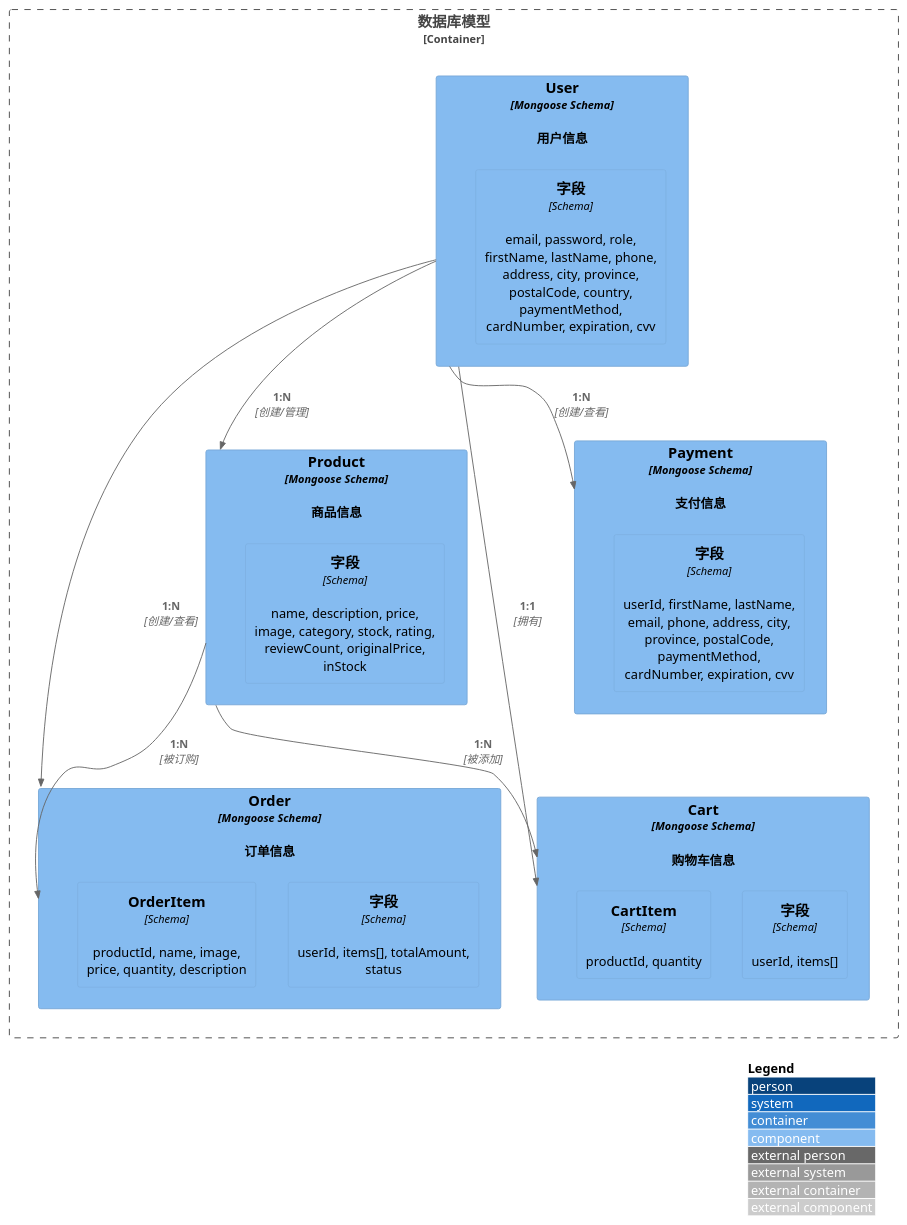
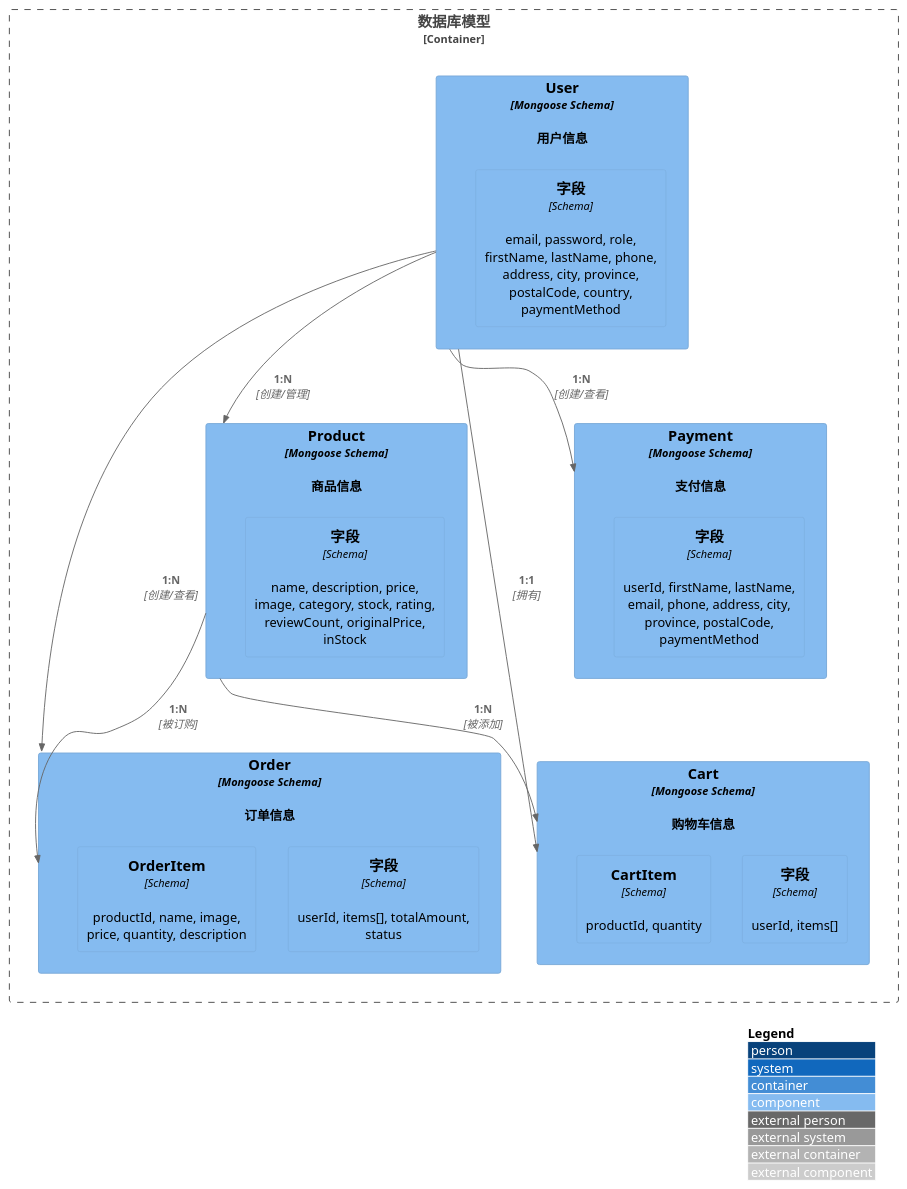
Before and after one commit to felixzhu97/shopping-system: the diagram in docs/architecture/ER-model.puml, drawn with PlantUML. The commit also changed 24 other files, not shown here.

```diff
--- a/docs/architecture/ER-model.puml
+++ b/docs/architecture/ER-model.puml
@@ -1,40 +1,40 @@
 @startuml
 !include ./c4-plantuml/C4_Context.puml
 !include ./c4-plantuml//C4_Container.puml
 !include ./c4-plantuml//C4_Component.puml
 
 LAYOUT_WITH_LEGEND()
 
 ' 数据库模型图
 Container_Boundary(database, "数据库模型") {
     Component(user, "User", "Mongoose Schema", "用户信息") {
-        Component(user_fields, "字段", "Schema", "email, password, role, firstName, lastName, phone, address, city, province, postalCode, country, paymentMethod, cardNumber, expiration, cvv")
+        Component(user_fields, "字段", "Schema", "email, password, role, firstName, lastName, phone, address, city, province, postalCode, country, paymentMethod")
     }
 
     Component(product, "Product", "Mongoose Schema", "商品信息") {
         Component(product_fields, "字段", "Schema", "name, description, price, image, category, stock, rating, reviewCount, originalPrice, inStock")
     }
 
     Component(order, "Order", "Mongoose Schema", "订单信息") {
         Component(order_fields, "字段", "Schema", "userId, items[], totalAmount, status")
         Component(order_item, "OrderItem", "Schema", "productId, name, image, price, quantity, description")
     }
 
     Component(cart, "Cart", "Mongoose Schema", "购物车信息") {
         Component(cart_fields, "字段", "Schema", "userId, items[]")
         Component(cart_item, "CartItem", "Schema", "productId, quantity")
     }
 
     Component(payment, "Payment", "Mongoose Schema", "支付信息") {
-        Component(payment_fields, "字段", "Schema", "userId, firstName, lastName, email, phone, address, city, province, postalCode, paymentMethod, cardNumber, expiration, cvv")
+        Component(payment_fields, "字段", "Schema", "userId, firstName, lastName, email, phone, address, city, province, postalCode, paymentMethod")
     }
 }
 
 Rel(user, product, "1:N", "创建/管理")
 Rel(user, order, "1:N", "创建/查看")
 Rel(user, cart, "1:1", "拥有")
 Rel(user, payment, "1:N", "创建/查看")
 Rel(product, order, "1:N", "被订购")
 Rel(product, cart, "1:N", "被添加")
 
 @enduml
```
